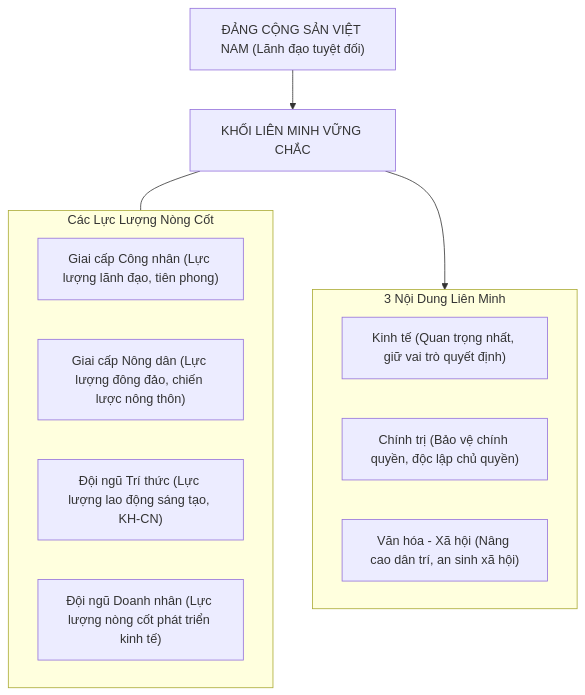
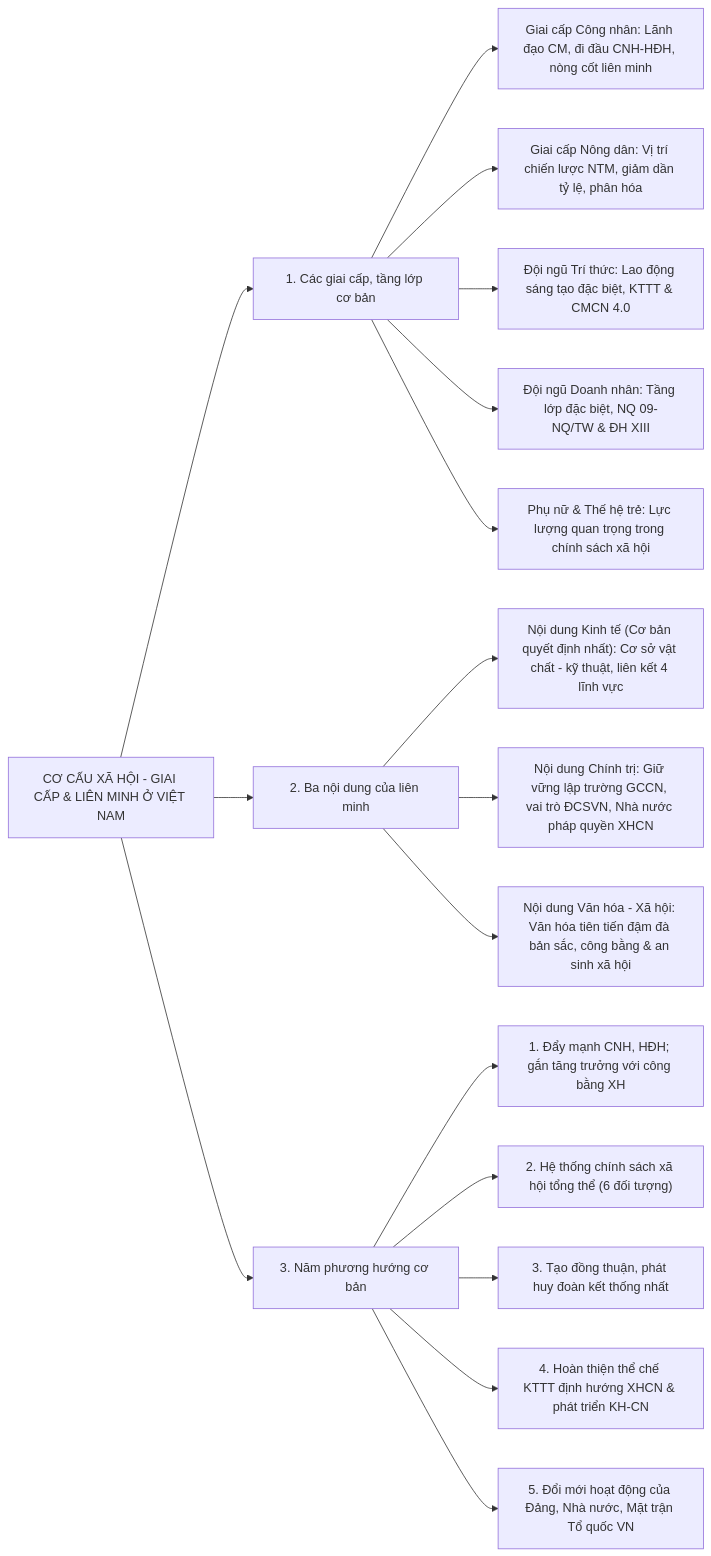
Before and after one commit to TyT712/Ky_1_26_27: the second of 2 diagrams in docs/data/cnxhkh/chuong_5_theory.md, drawn with Mermaid. The commit also changed other lines of this file and 25 other files, not shown here.

````diff
--- a/docs/data/cnxhkh/chuong_5_theory.md
+++ b/docs/data/cnxhkh/chuong_5_theory.md
@@ -4,20 +71,22 @@
 ```mermaid
-graph TD
-    A["ĐẢNG CỘNG SẢN VIỆT NAM (Lãnh đạo tuyệt đối)"] --> B["KHỐI LIÊN MINH VỮNG CHẮC"]
-    
-    subgraph CacLucLuongNongCot ["Các Lực Lượng Nòng Cốt"]
-        C["Giai cấp Công nhân (Lực lượng lãnh đạo, tiên phong)"]
-        D["Giai cấp Nông dân (Lực lượng đông đảo, chiến lược nông thôn)"]
-        E["Đội ngũ Trí thức (Lực lượng lao động sáng tạo, KH-CN)"]
-        F["Đội ngũ Doanh nhân (Lực lượng nòng cốt phát triển kinh tế)"]
-    end
+flowchart LR
+    VN["CƠ CẤU XÃ HỘI - GIAI CẤP & LIÊN MINH Ở VIỆT NAM"] --> P1["1. Các giai cấp, tầng lớp cơ bản"]
+    VN --> P2["2. Ba nội dung của liên minh"]
+    VN --> P3["3. Năm phương hướng cơ bản"]
 
-    B --- CacLucLuongNongCot
+    P1 --> G1["Giai cấp Công nhân: Lãnh đạo CM, đi đầu CNH-HĐH, nòng cốt liên minh"]
+    P1 --> G2["Giai cấp Nông dân: Vị trí chiến lược NTM, giảm dần tỷ lệ, phân hóa"]
+    P1 --> G3["Đội ngũ Trí thức: Lao động sáng tạo đặc biệt, KTTT & CMCN 4.0"]
+    P1 --> G4["Đội ngũ Doanh nhân: Tầng lớp đặc biệt, NQ 09-NQ/TW & ĐH XIII"]
+    P1 --> G5["Phụ nữ & Thế hệ trẻ: Lực lượng quan trọng trong chính sách xã hội"]
 
-    subgraph BaNoiDungLienMinh ["3 Nội Dung Liên Minh"]
-        G["Kinh tế (Quan trọng nhất, giữ vai trò quyết định)"]
-        H["Chính trị (Bảo vệ chính quyền, độc lập chủ quyền)"]
-        I["Văn hóa - Xã hội (Nâng cao dân trí, an sinh xã hội)"]
-    end
-    B --> BaNoiDungLienMinh
+    P2 --> N1["Nội dung Kinh tế (Cơ bản quyết định nhất): Cơ sở vật chất - kỹ thuật, liên kết 4 lĩnh vực"]
+    P2 --> N2["Nội dung Chính trị: Giữ vững lập trường GCCN, vai trò ĐCSVN, Nhà nước pháp quyền XHCN"]
+    P2 --> N3["Nội dung Văn hóa - Xã hội: Văn hóa tiên tiến đậm đà bản sắc, công bằng & an sinh xã hội"]
+
+    P3 --> H1["1. Đẩy mạnh CNH, HĐH; gắn tăng trưởng với công bằng XH"]
+    P3 --> H2["2. Hệ thống chính sách xã hội tổng thể (6 đối tượng)"]
+    P3 --> H3["3. Tạo đồng thuận, phát huy đoàn kết thống nhất"]
+    P3 --> H4["4. Hoàn thiện thể chế KTTT định hướng XHCN & phát triển KH-CN"]
+    P3 --> H5["5. Đổi mới hoạt động của Đảng, Nhà nước, Mặt trận Tổ quốc VN"]
 ```
````
